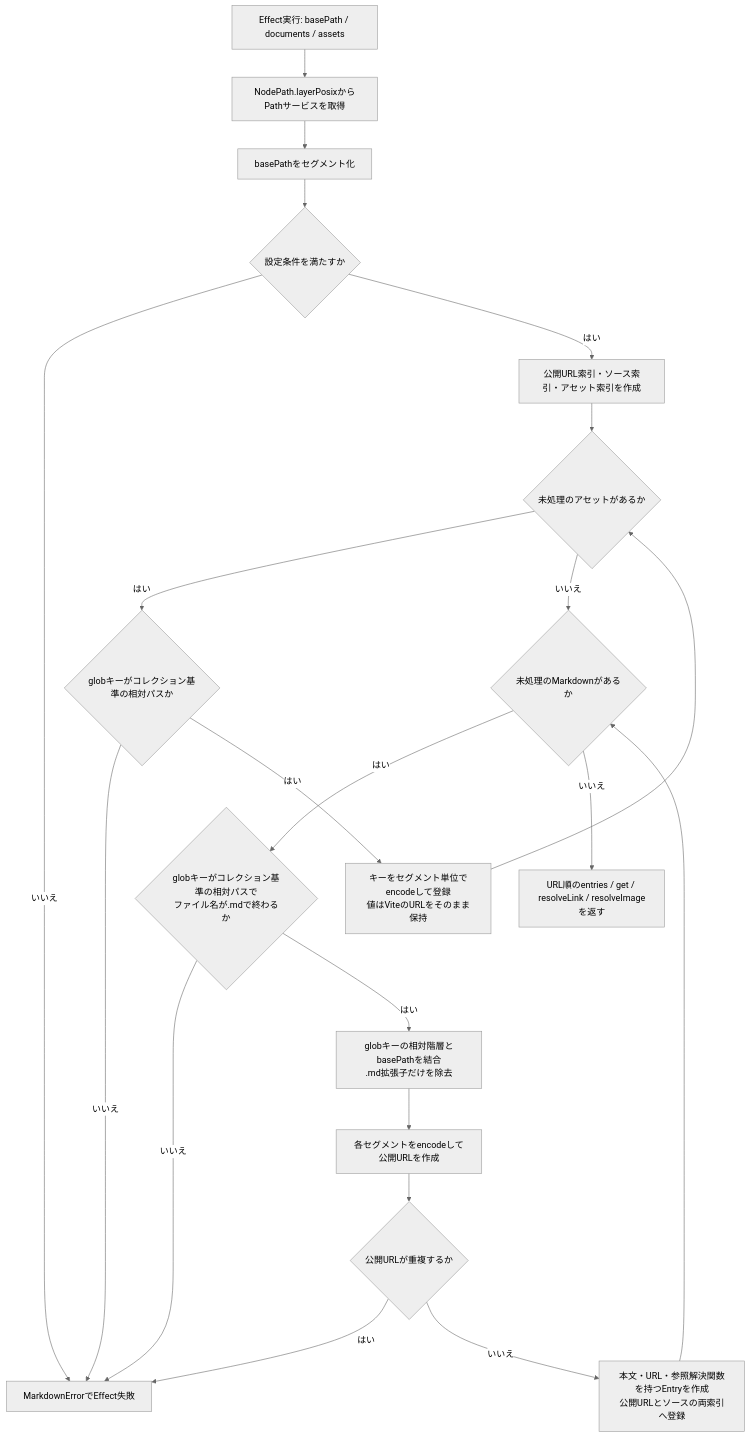
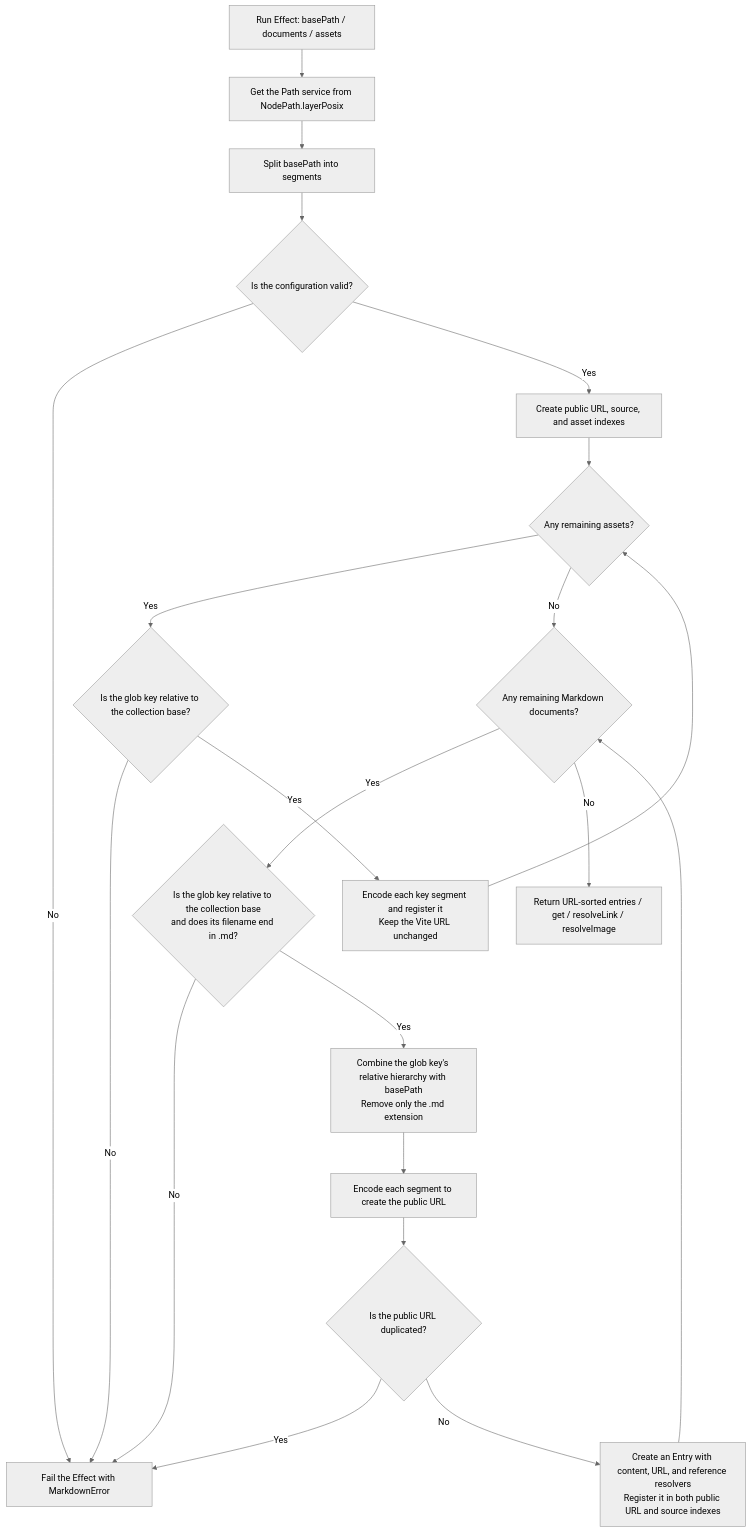
Before and after one commit to totto2727-org/effront: the first of 3 diagrams in packages/markdown/docs/IMPLEMENTATION.md, drawn with Mermaid (neutral theme). The commit also changed other lines of this file and 6 other files, not shown here.

````diff
--- a/packages/markdown/docs/IMPLEMENTATION.md
+++ b/packages/markdown/docs/IMPLEMENTATION.md
@@ -26,23 +26,23 @@
 ```mermaid
 flowchart TD
-    A["Effect実行: basePath / documents / assets"] --> P["NodePath.layerPosixからPathサービスを取得"]
-    P --> B["basePathをセグメント化"]
-    B --> C{"設定条件を満たすか"}
-    C -->|いいえ| E["MarkdownErrorでEffect失敗"]
-    C -->|はい| D["公開URL索引・ソース索引・アセット索引を作成"]
-    D --> F{"未処理のアセットがあるか"}
-    F -->|はい| G{"globキーがコレクション基準の相対パスか"}
-    G -->|いいえ| E
-    G -->|はい| H["キーをセグメント単位でencodeして登録<br/>値はViteのURLをそのまま保持"]
+    A["Run Effect: basePath / documents / assets"] --> P["Get the Path service from NodePath.layerPosix"]
+    P --> B["Split basePath into segments"]
+    B --> C{"Is the configuration valid?"}
+    C -->|No| E["Fail the Effect with MarkdownError"]
+    C -->|Yes| D["Create public URL, source, and asset indexes"]
+    D --> F{"Any remaining assets?"}
+    F -->|Yes| G{"Is the glob key relative to the collection base?"}
+    G -->|No| E
+    G -->|Yes| H["Encode each key segment and register it<br/>Keep the Vite URL unchanged"]
     H --> F
-    F -->|いいえ| I{"未処理のMarkdownがあるか"}
-    I -->|はい| J{"globキーがコレクション基準の相対パスで<br/>ファイル名が.mdで終わるか"}
-    J -->|いいえ| E
-    J -->|はい| K["globキーの相対階層とbasePathを結合<br/>.md拡張子だけを除去"]
-    K --> L["各セグメントをencodeして公開URLを作成"]
-    L --> M{"公開URLが重複するか"}
-    M -->|はい| E
-    M -->|いいえ| N["本文・URL・参照解決関数を持つEntryを作成<br/>公開URLとソースの両索引へ登録"]
+    F -->|No| I{"Any remaining Markdown documents?"}
+    I -->|Yes| J{"Is the glob key relative to the collection base<br/>and does its filename end in .md?"}
+    J -->|No| E
+    J -->|Yes| K["Combine the glob key's relative hierarchy with basePath<br/>Remove only the .md extension"]
+    K --> L["Encode each segment to create the public URL"]
+    L --> M{"Is the public URL duplicated?"}
+    M -->|Yes| E
+    M -->|No| N["Create an Entry with content, URL, and reference resolvers<br/>Register it in both public URL and source indexes"]
     N --> I
-    I -->|いいえ| O["URL順のentries / get / resolveLink / resolveImageを返す"]
+    I -->|No| O["Return URL-sorted entries / get / resolveLink / resolveImage"]
 ```
````
